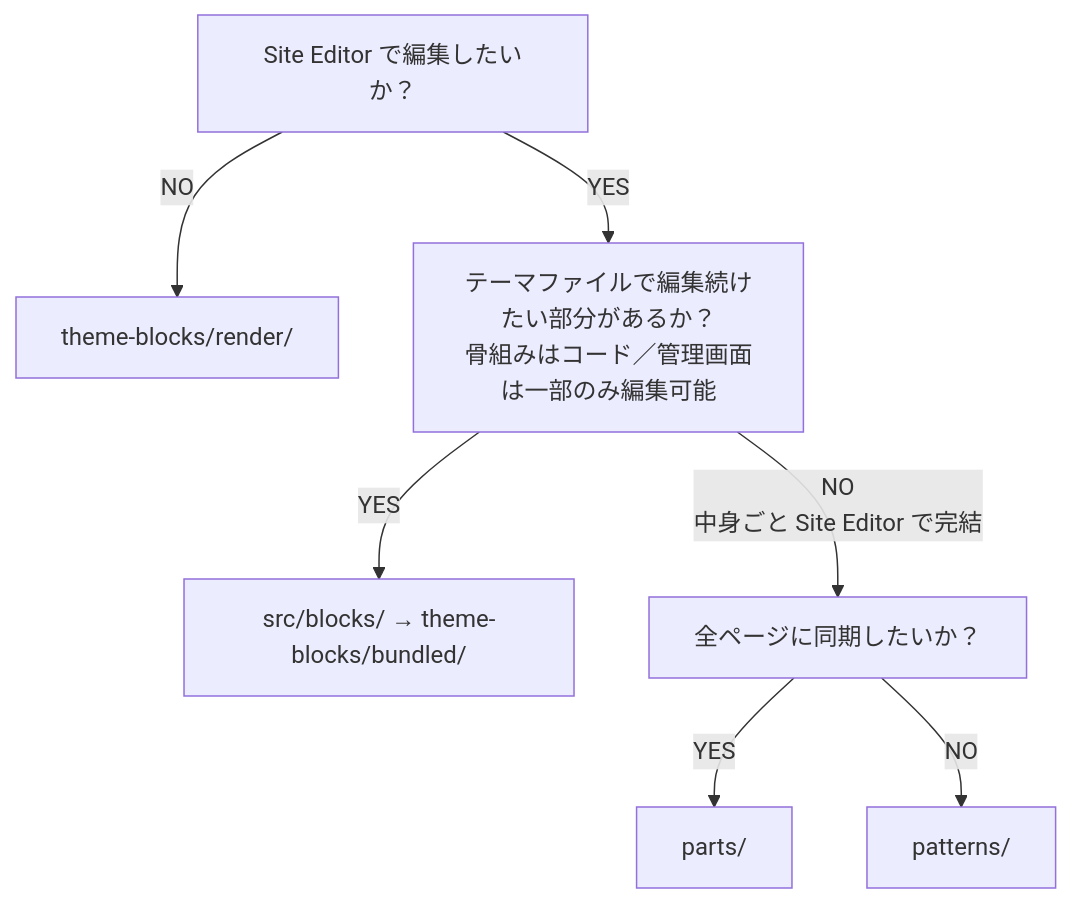
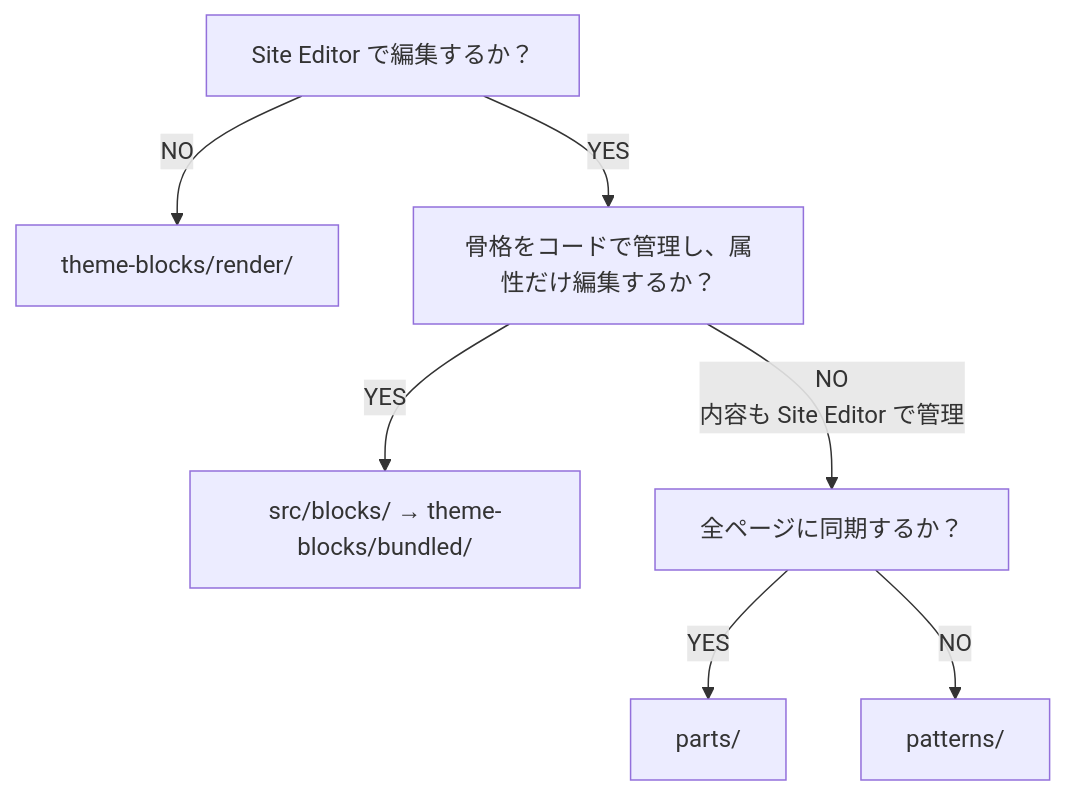
One commit to dphn-c/d-skills changed the diagram in wordpress-block-theme-starter/README.md. Above: the diagram before and after it, drawn with Mermaid. The commit also changed other lines of this file and 2 other files, not shown here.

````diff
--- a/wordpress-block-theme-starter/README.md
+++ b/wordpress-block-theme-starter/README.md
@@ -112,9 +172,9 @@
 ```mermaid
 flowchart TD
-  A[Site Editor で編集したいか？] -->|NO| R[theme-blocks/render/]
-  A -->|YES| B[テーマファイルで編集続けたい部分があるか？<br/>骨組みはコード／管理画面は一部のみ編集可能]
+  A[Site Editor で編集するか？] -->|NO| R[theme-blocks/render/]
+  A -->|YES| B[骨格をコードで管理し、属性だけ編集するか？]
   B -->|YES| G[src/blocks/ → theme-blocks/bundled/]
-  B -->|NO<br/>中身ごと Site Editor で完結| C[全ページに同期したいか？]
+  B -->|NO<br/>内容も Site Editor で管理| C[全ページに同期するか？]
   C -->|YES| P[parts/]
   C -->|NO| N[patterns/]
 ```
````
